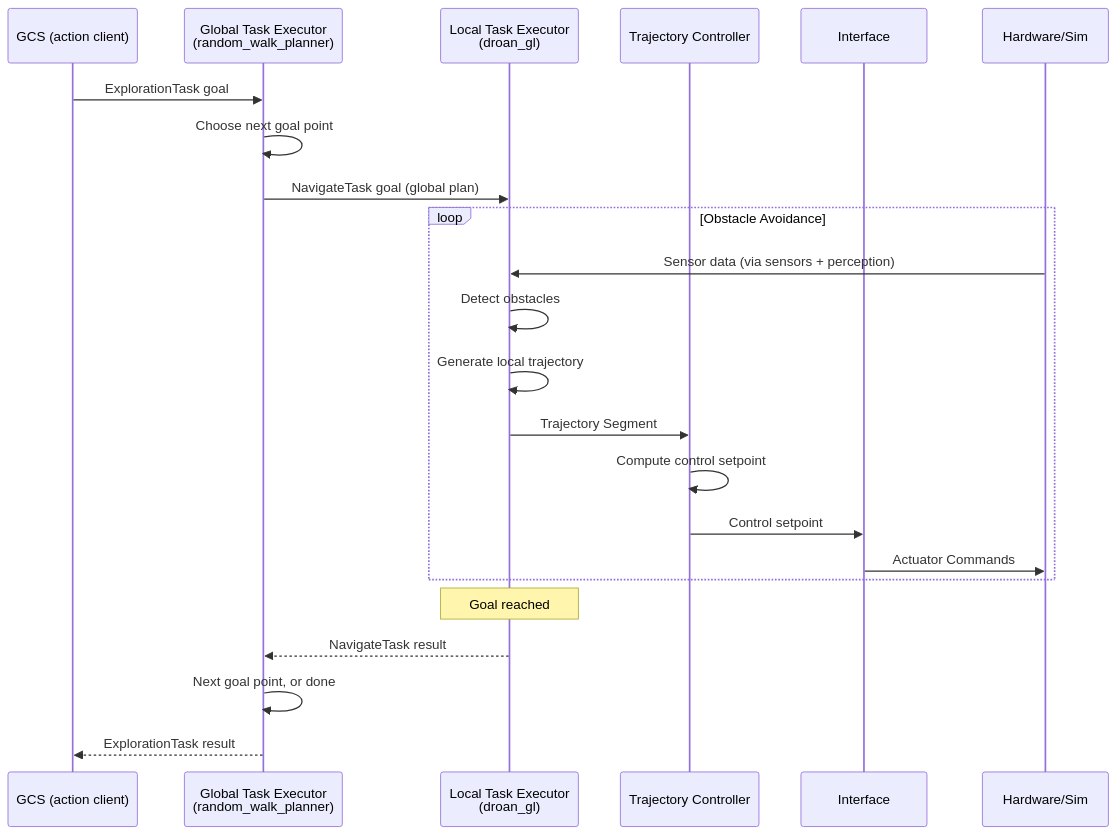
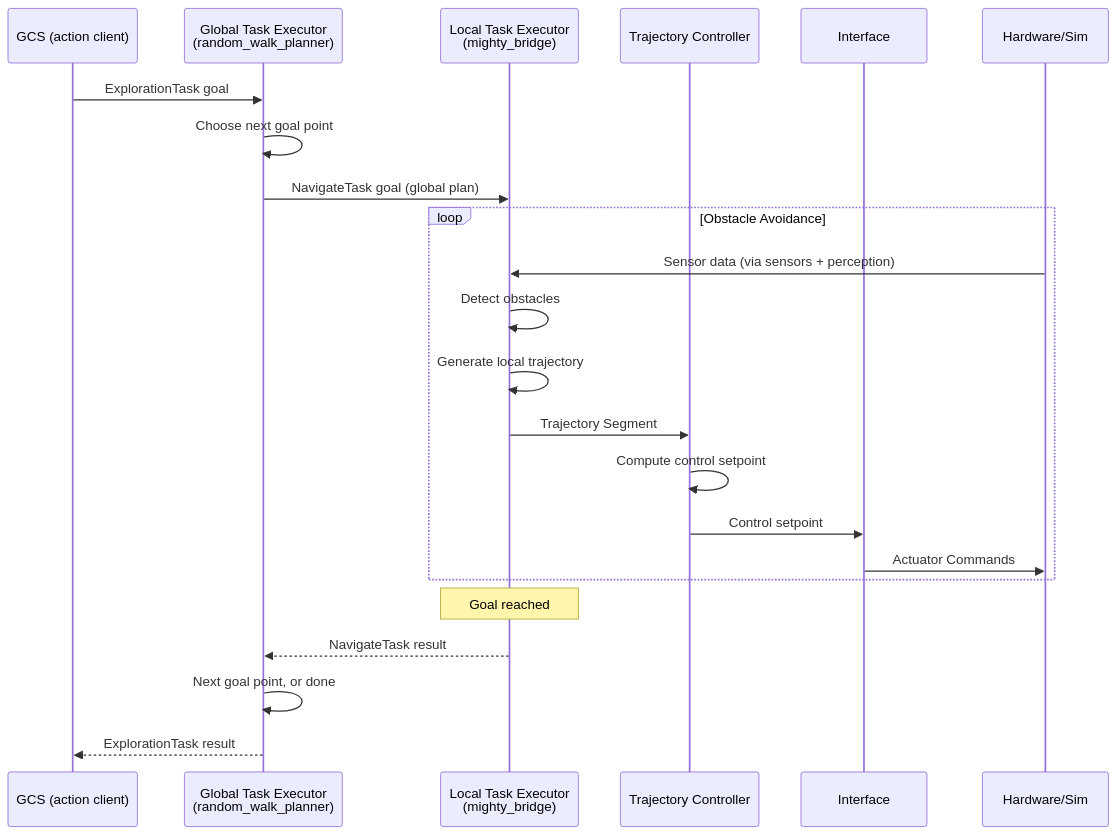
One commit to castacks/AirStack changed the fifth of 7 diagrams in docs/robot/autonomy/system_architecture.md. Above: the diagram before and after it, drawn with Mermaid. The commit also changed other lines of this file and 143 other files, not shown here.

````diff
--- a/docs/robot/autonomy/system_architecture.md
+++ b/docs/robot/autonomy/system_architecture.md
@@ -231,28 +232,28 @@
 ```mermaid
 sequenceDiagram
     participant GCS as GCS (action client)
     participant GLO as Global Task Executor<br/>(random_walk_planner)
-    participant LOC as Local Task Executor<br/>(droan_gl)
+    participant LOC as Local Task Executor<br/>(mighty_bridge)
     participant CTL as Trajectory Controller
     participant IF as Interface
     participant HW as Hardware/Sim
     
     GCS->>GLO: ExplorationTask goal
     GLO->>GLO: Choose next goal point
     GLO->>LOC: NavigateTask goal (global plan)
     
     loop Obstacle Avoidance
         HW->>LOC: Sensor data (via sensors + perception)
         LOC->>LOC: Detect obstacles
         LOC->>LOC: Generate local trajectory
         LOC->>CTL: Trajectory Segment
         CTL->>CTL: Compute control setpoint
         CTL->>IF: Control setpoint
         IF->>HW: Actuator Commands
     end
     
     Note over LOC: Goal reached
     LOC-->>GLO: NavigateTask result
     GLO->>GLO: Next goal point, or done
     GLO-->>GCS: ExplorationTask result
 ```
````
